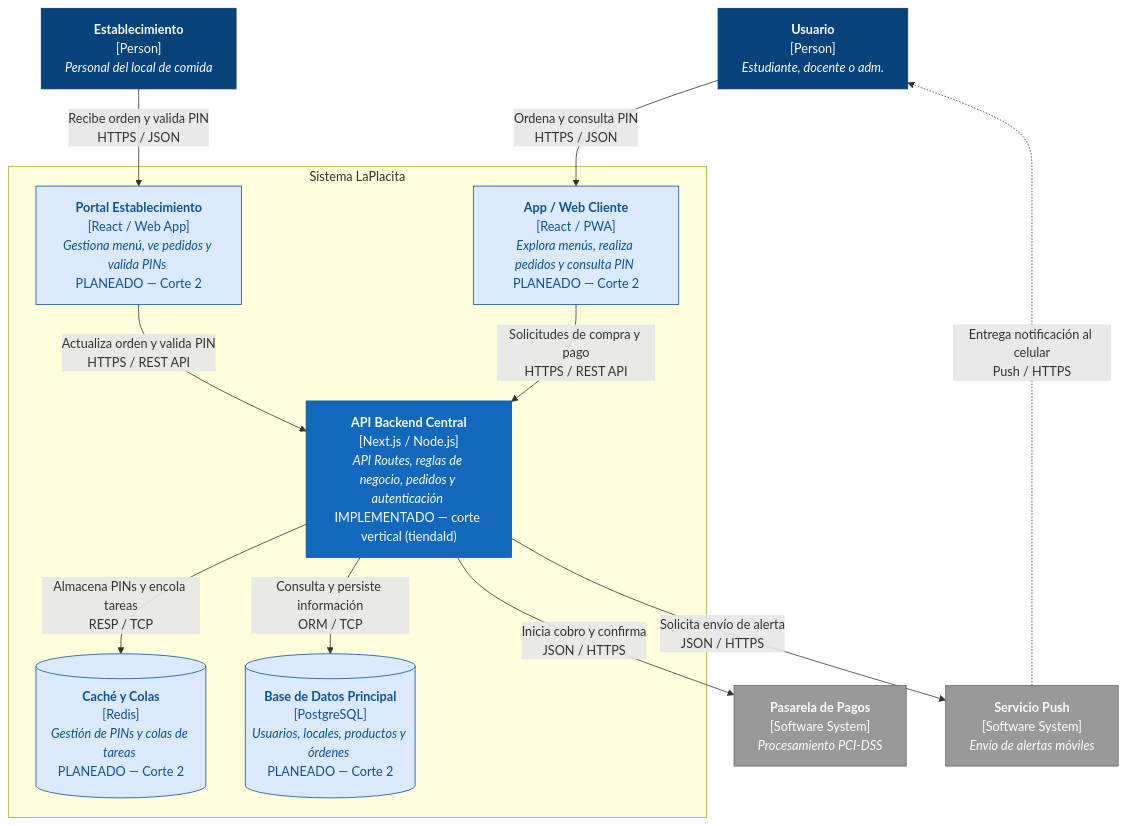
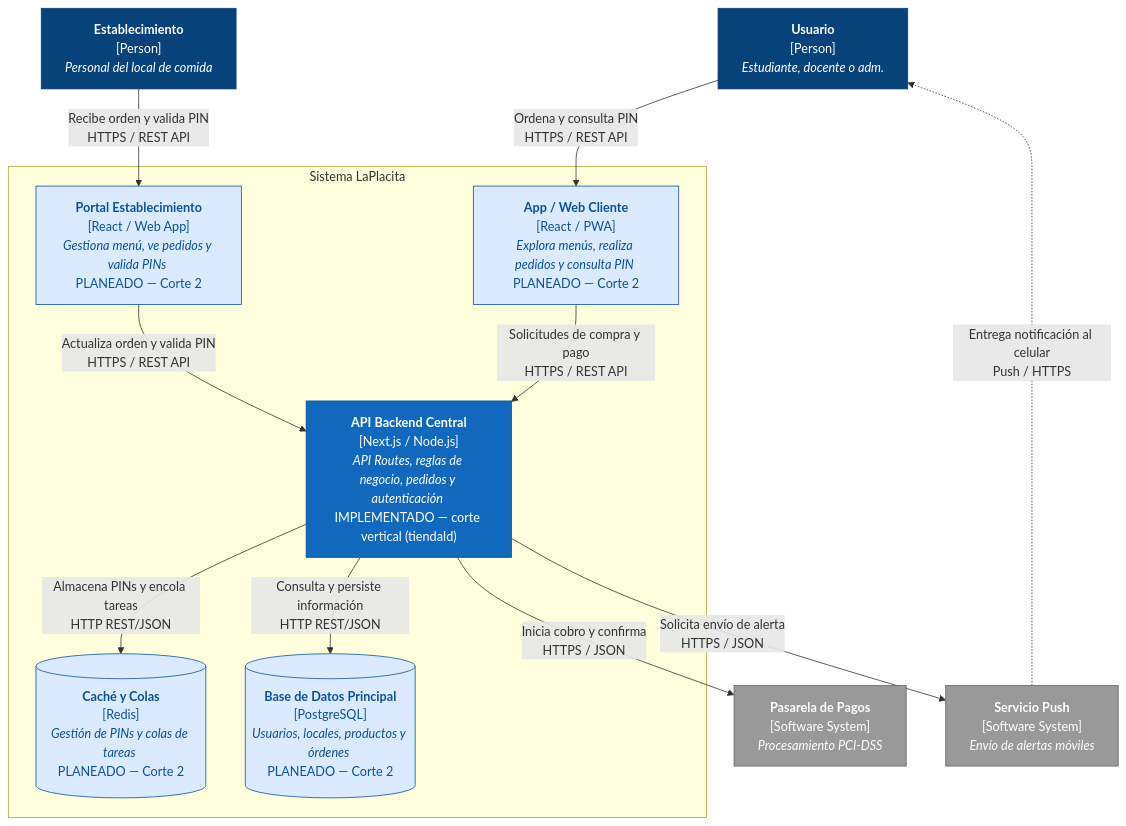
One commit to ISCOUTB/AS_202620_LaPlacita changed the diagram in docs/c4/contenedores.md. Above: the diagram before and after it, drawn with Mermaid. The commit also changed 34 other files, not shown here.

````diff
--- a/docs/c4/contenedores.md
+++ b/docs/c4/contenedores.md
@@ -5,36 +5,36 @@
 ```mermaid
 flowchart TD
     classDef person fill:#08427b,stroke:#073b6f,color:#fff;
     classDef container fill:#1168bd,stroke:#0e5296,color:#fff;
     classDef planned fill:#dbeafe,stroke:#0e5296,color:#0e5296;
     classDef extSystem fill:#999999,stroke:#666666,color:#fff;
 
     usuario["<b>Usuario</b><br/>[Person]<br/><i>Estudiante, docente o adm.</i>"]:::person
     establecimiento["<b>Establecimiento</b><br/>[Person]<br/><i>Personal del local de comida</i>"]:::person
 
     subgraph laPlacita ["Sistema LaPlacita"]
         app_user["<b>App / Web Cliente</b><br/>[React / PWA]<br/><i>Explora menús, realiza pedidos y consulta PIN</i> <br/>PLANEADO — Corte 2"]:::planned
         app_local["<b>Portal Establecimiento</b><br/>[React / Web App]<br/><i>Gestiona menú, ve pedidos y valida PINs</i> <br/>PLANEADO — Corte 2"]:::planned
         api["<b>API Backend Central</b><br/>[Next.js / Node.js]<br/><i>API Routes, reglas de negocio, pedidos y autenticación</i> <br/>IMPLEMENTADO — corte vertical (tiendaId)"]:::container
         cache[("<b>Caché y Colas</b><br/>[Redis]<br/><i>Gestión de PINs y colas de tareas</i> <br/>PLANEADO — Corte 2")]:::planned
         db[("<b>Base de Datos Principal</b><br/>[PostgreSQL]<br/><i>Usuarios, locales, productos y órdenes</i> <br/>PLANEADO — Corte 2")]:::planned
     end
 
     pago["<b>Pasarela de Pagos</b><br/>[Software System]<br/><i>Procesamiento PCI-DSS</i>"]:::extSystem
     push["<b>Servicio Push</b><br/>[Software System]<br/><i>Envío de alertas móviles</i>"]:::extSystem
 
-    usuario -->|Ordena y consulta PIN<br/>HTTPS / JSON| app_user
-    establecimiento -->|Recibe orden y valida PIN<br/>HTTPS / JSON| app_local
+    usuario -->|Ordena y consulta PIN<br/>HTTPS / REST API| app_user
+    establecimiento -->|Recibe orden y valida PIN<br/>HTTPS / REST API| app_local
 
     app_user -->|Solicitudes de compra y pago<br/>HTTPS / REST API| api
     app_local -->|Actualiza orden y valida PIN<br/>HTTPS / REST API| api
 
-    api -->|Consulta y persiste información<br/>ORM / TCP| db
-    api -->|Almacena PINs y encola tareas<br/>RESP / TCP| cache
+    api -->|Consulta y persiste información<br/>HTTP REST/JSON| db
+    api -->|Almacena PINs y encola tareas<br/>HTTP REST/JSON| cache
 
-    api -->|Inicia cobro y confirma<br/>JSON / HTTPS| pago
-    api -->|Solicita envío de alerta<br/>JSON / HTTPS| push
+    api -->|Inicia cobro y confirma<br/>HTTPS / JSON| pago
+    api -->|Solicita envío de alerta<br/>HTTPS / JSON| push
 
     push -.->|Entrega notificación al celular<br/>Push / HTTPS| usuario
 
 ```
````
